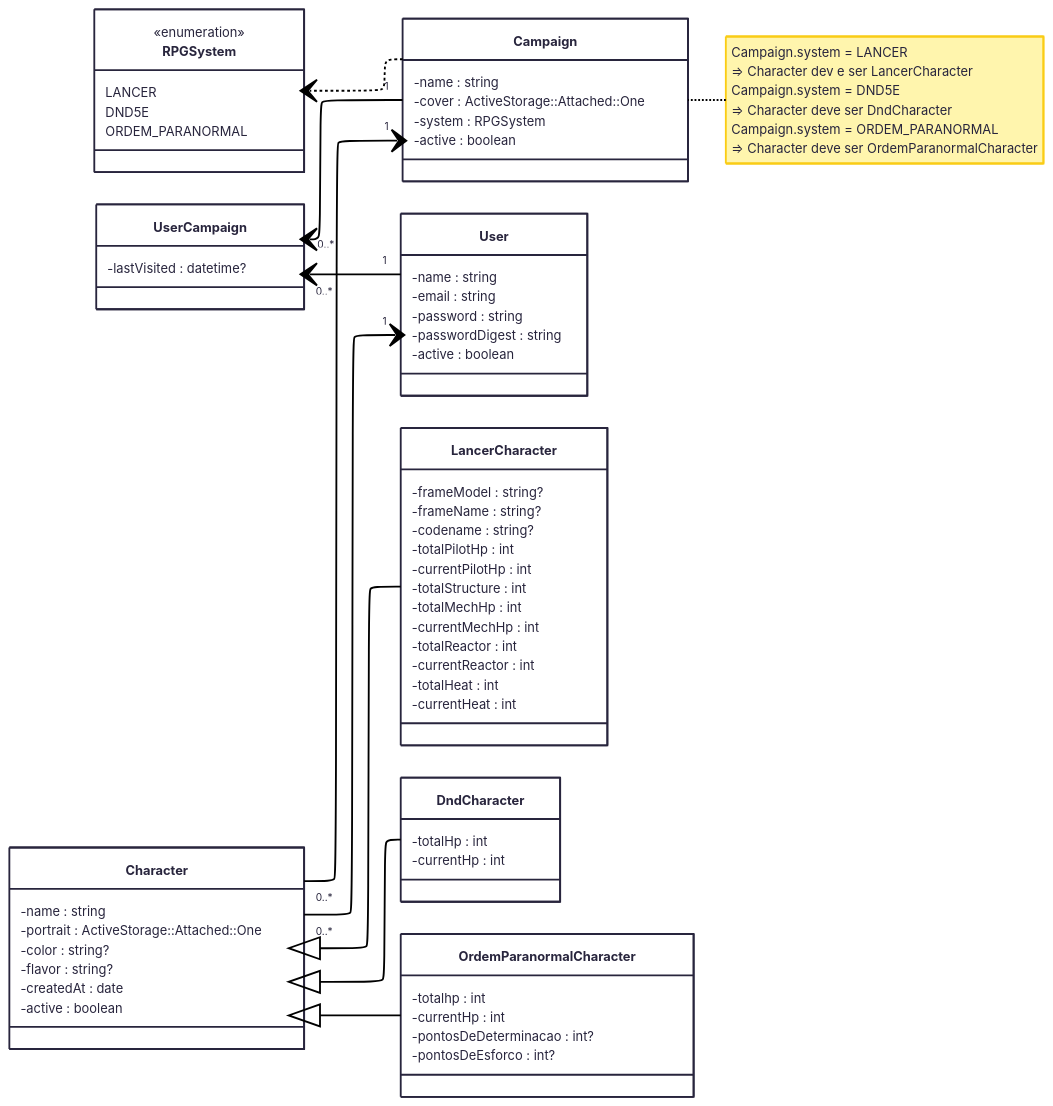
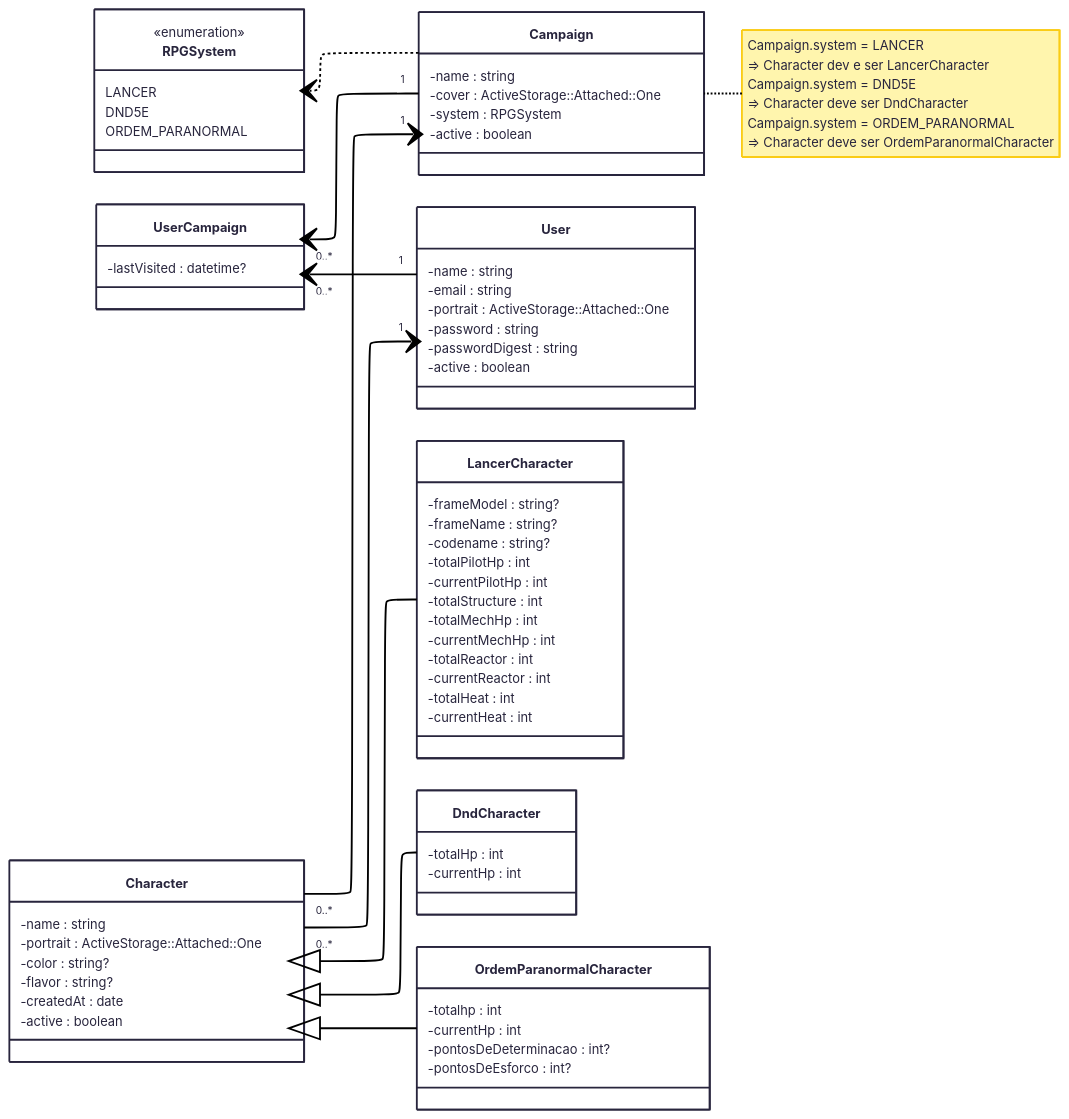
The diagram in UML.md (SasaDeAraki/icosaedro-magico-dashboard-api), drawn with Mermaid before and after one commit. The commit also changed 6 other files, not shown here.

```diff
--- a/UML.md
+++ b/UML.md
@@ -34,6 +34,7 @@
     class User {
         -name : string
 	    -email : string
+        -portrait : ActiveStorage::Attached::One
 	    -password : string
         -passwordDigest : string
         -active : boolean
```
